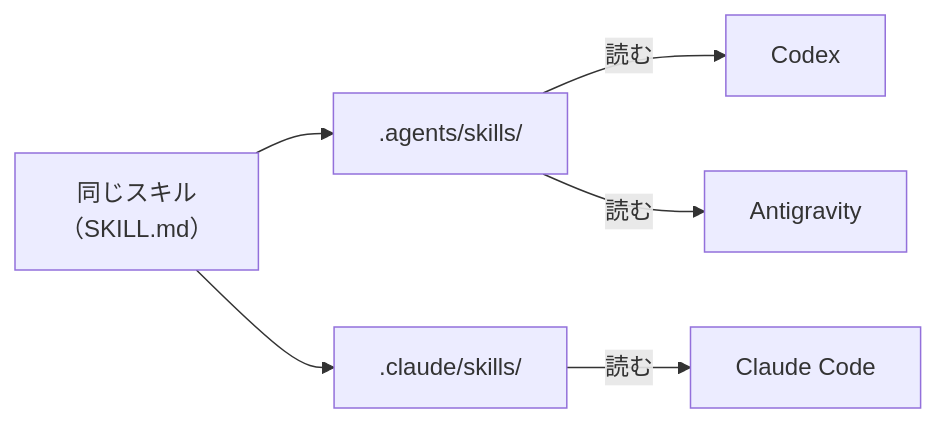
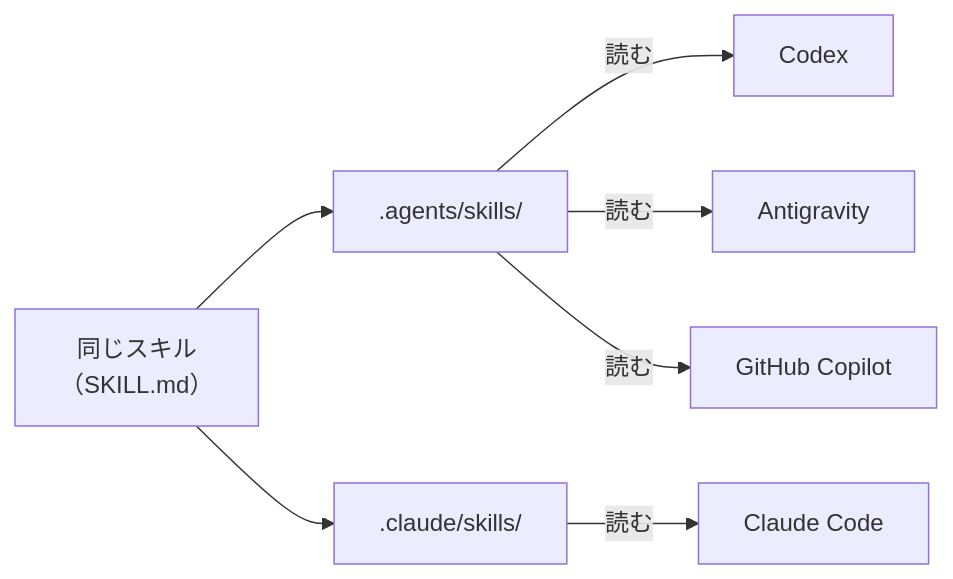
One commit to fujitamasayoshi0402/ai-dev-setup changed the first of 2 diagrams in docs/07-skills.md. Above: the diagram before and after it, drawn with Mermaid. The commit also changed other lines of this file and 6 other files, not shown here.

First line of the commit message:
docs: GitHub Copilot を選択肢に追加

````diff
--- a/docs/07-skills.md
+++ b/docs/07-skills.md
@@ -11,9 +11,10 @@
 ```mermaid
 flowchart LR
     skill["同じスキル<br>（SKILL.md）"]
     skill --> a[".agents/skills/"]
     skill --> c[".claude/skills/"]
     a -- "読む" --> codex["Codex"]
     a -- "読む" --> ag["Antigravity"]
+    a -- "読む" --> cop["GitHub Copilot"]
     c -- "読む" --> cc["Claude Code"]
 ```
````
